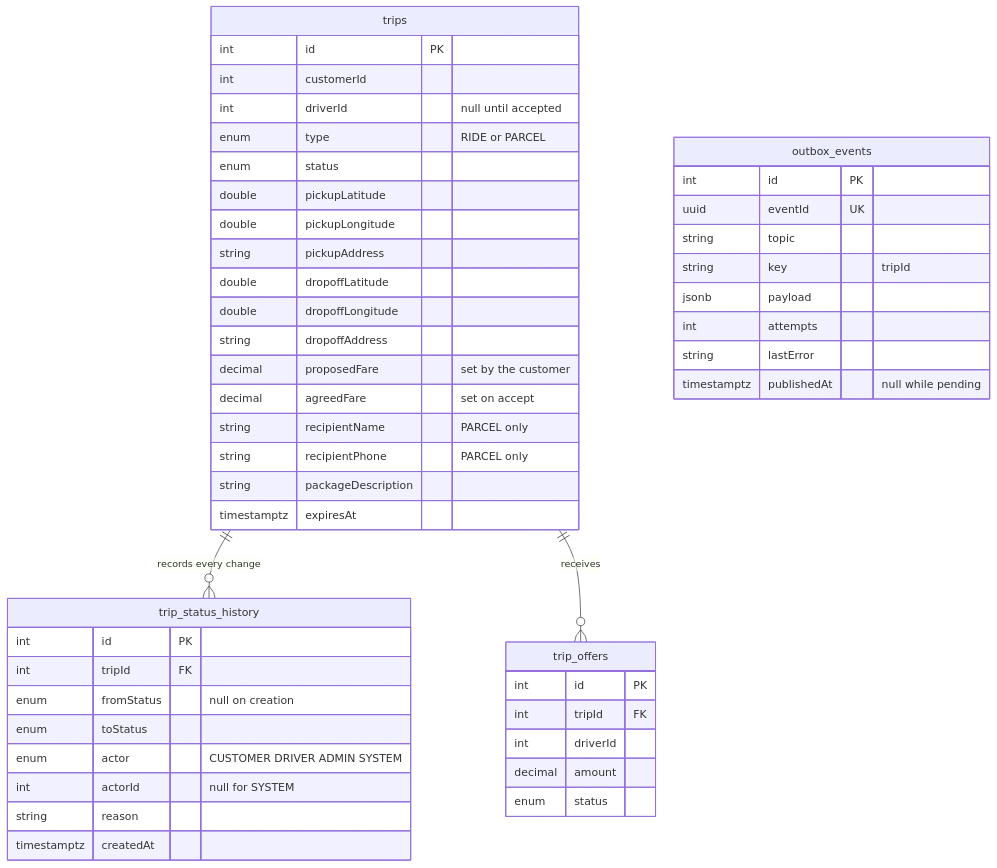
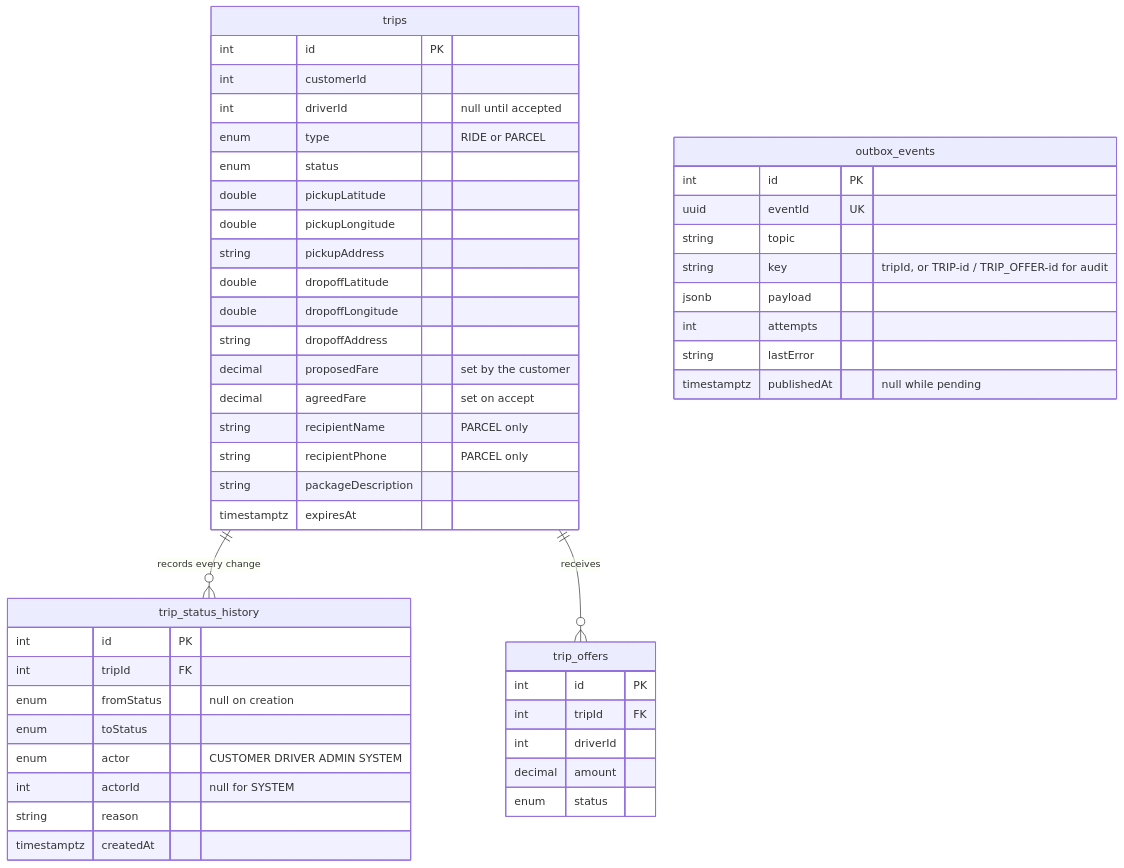
Before and after one commit to Mohammed-Taysser/masr3: the second of 9 diagrams in docs/services/trip-service.md, drawn with Mermaid. The commit also changed other lines of this file and 114 other files, not shown here.

````diff
--- a/docs/services/trip-service.md
+++ b/docs/services/trip-service.md
@@ -26,51 +28,51 @@
 ```mermaid
 erDiagram
   trips ||--o{ trip_status_history : "records every change"
   trips ||--o{ trip_offers : "receives"
   trips {
     int id PK
     int customerId
     int driverId "null until accepted"
     enum type "RIDE or PARCEL"
     enum status
     double pickupLatitude
     double pickupLongitude
     string pickupAddress
     double dropoffLatitude
     double dropoffLongitude
     string dropoffAddress
     decimal proposedFare "set by the customer"
     decimal agreedFare "set on accept"
     string recipientName "PARCEL only"
     string recipientPhone "PARCEL only"
     string packageDescription
     timestamptz expiresAt
   }
   trip_status_history {
     int id PK
     int tripId FK
     enum fromStatus "null on creation"
     enum toStatus
     enum actor "CUSTOMER DRIVER ADMIN SYSTEM"
     int actorId "null for SYSTEM"
     string reason
     timestamptz createdAt
   }
   trip_offers {
     int id PK
     int tripId FK
     int driverId
     decimal amount
     enum status
   }
   outbox_events {
     int id PK
     uuid eventId UK
     string topic
-    string key "tripId"
+    string key "tripId, or TRIP-id / TRIP_OFFER-id for audit"
     jsonb payload
     int attempts
     string lastError
     timestamptz publishedAt "null while pending"
   }
 ```
````
